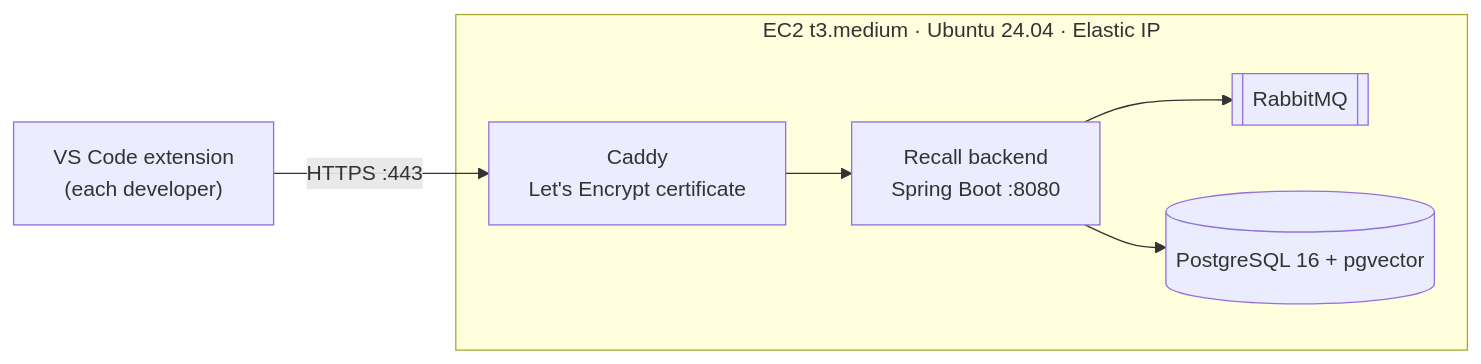
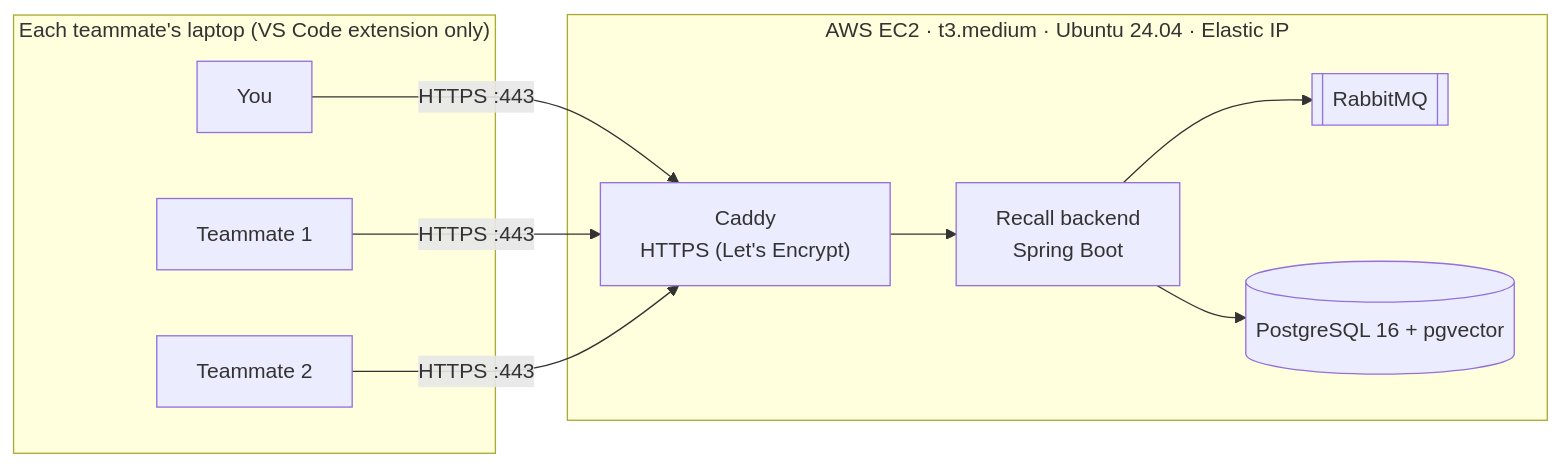
One commit to bhargavchetanya/Recall-cloud- changed the diagram in docs/DEPLOY_AWS.md. Above: the diagram before and after it, drawn with Mermaid. The commit also changed other lines of this file, not shown here.

First line of the commit message:
Expand AWS guide into a full Learner Lab deployment roadmap

````diff
--- a/docs/DEPLOY_AWS.md
+++ b/docs/DEPLOY_AWS.md
@@ -6,9 +5,14 @@
 ```mermaid
 flowchart LR
-    vsc["VS Code extension<br/>(each developer)"] -- "HTTPS :443" --> caddy
-    subgraph ec2["EC2 t3.medium · Ubuntu 24.04 · Elastic IP"]
-        caddy["Caddy<br/>Let's Encrypt certificate"] --> api["Recall backend<br/>Spring Boot :8080"]
+    subgraph laptops["Each teammate's laptop (VS Code extension only)"]
+        a["You"]
+        b["Teammate 1"]
+        c["Teammate 2"]
+    end
+    subgraph ec2["AWS EC2 · t3.medium · Ubuntu 24.04 · Elastic IP"]
+        caddy["Caddy<br/>HTTPS (Let's Encrypt)"] --> api["Recall backend<br/>Spring Boot"]
         api --> mq[["RabbitMQ"]]
         api --> db[("PostgreSQL 16 + pgvector")]
     end
+    a & b & c -- "HTTPS :443" --> caddy
 ```
````
